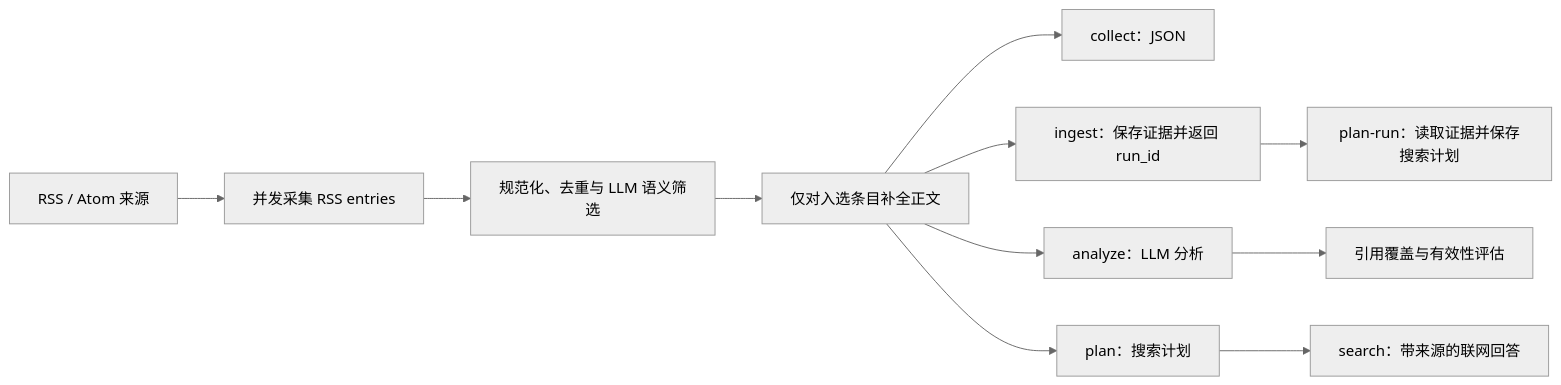
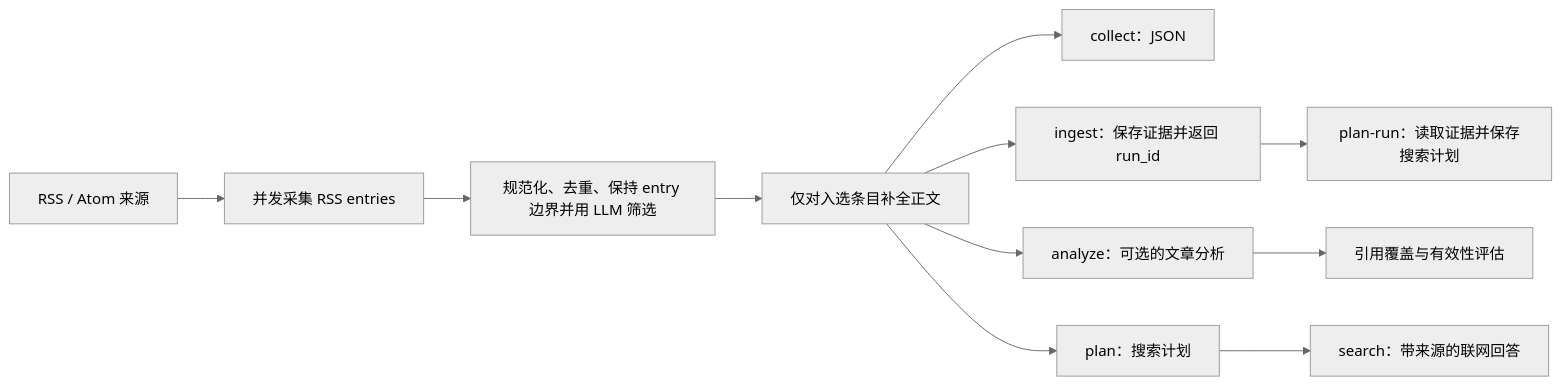
One commit to Ita-Hloks/InformationAgent changed the diagram in README.md. Above: the diagram before and after it, drawn with Mermaid (neutral theme). The commit also changed other lines of this file and 16 other files, not shown here.

Commit message:
refactor(selection): 保持 RSS entry 边界并统一 LLM 输入处理

````diff
--- a/README.md
+++ b/README.md
@@ -64,13 +64,13 @@
 ```mermaid
 flowchart LR
     A["RSS / Atom 来源"] --> B["并发采集 RSS entries"]
-    B --> C["规范化、去重与 LLM 语义筛选"]
+    B --> C["规范化、去重、保持 entry 边界并用 LLM 筛选"]
     C --> D0["仅对入选条目补全正文"]
     D0 --> D["collect：JSON"]
     D0 --> E["ingest：保存证据并返回 run_id"]
     E --> J["plan-run：读取证据并保存搜索计划"]
-    D0 --> F["analyze：LLM 分析"]
+    D0 --> F["analyze：可选的文章分析"]
     F --> G["引用覆盖与有效性评估"]
     D0 --> H["plan：搜索计划"]
     H --> I["search：带来源的联网回答"]
 ```
````
